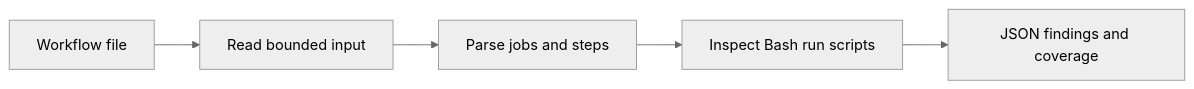
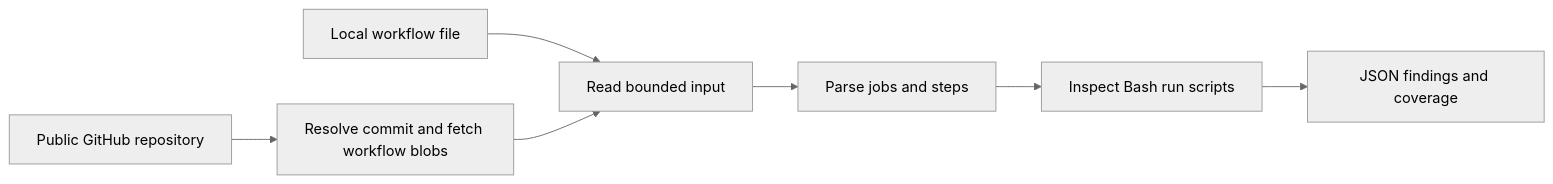
One commit to zorosz/workflow-hardener changed the diagram in README.md. Above: the diagram before and after it, drawn with Mermaid (neutral theme). The commit also changed other lines of this file and 8 other files, not shown here.

Commit message:
Add public repository scans and manual GitHub workflow

````diff
--- a/README.md
+++ b/README.md
@@ -31,7 +31,9 @@
 ```mermaid
 flowchart LR
-    FILE[Workflow file] --> READ[Read bounded input]
+    FILE[Local workflow file] --> READ[Read bounded input]
+    REPO[Public GitHub repository] --> FETCH[Resolve commit and fetch workflow blobs]
+    FETCH --> READ
     READ --> YAML[Parse jobs and steps]
     YAML --> RULE[Inspect Bash run scripts]
     RULE --> RESULT[JSON findings and coverage]
 ```
````
